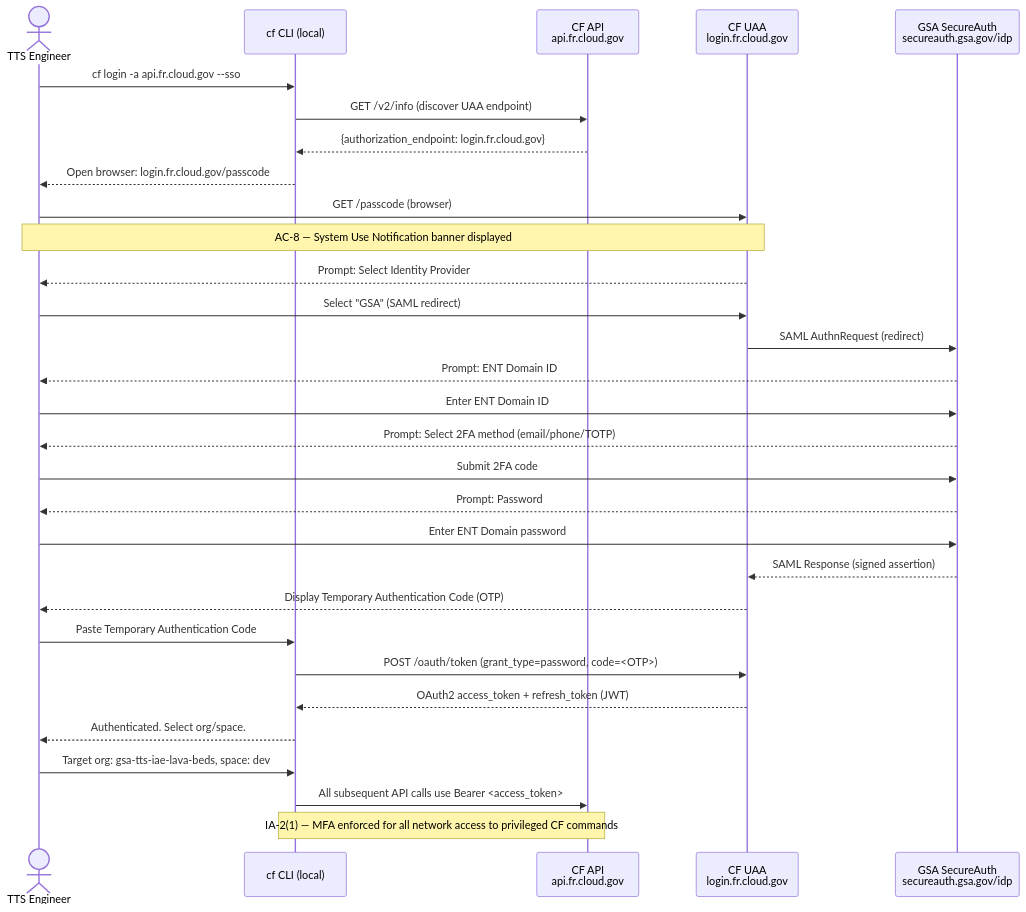
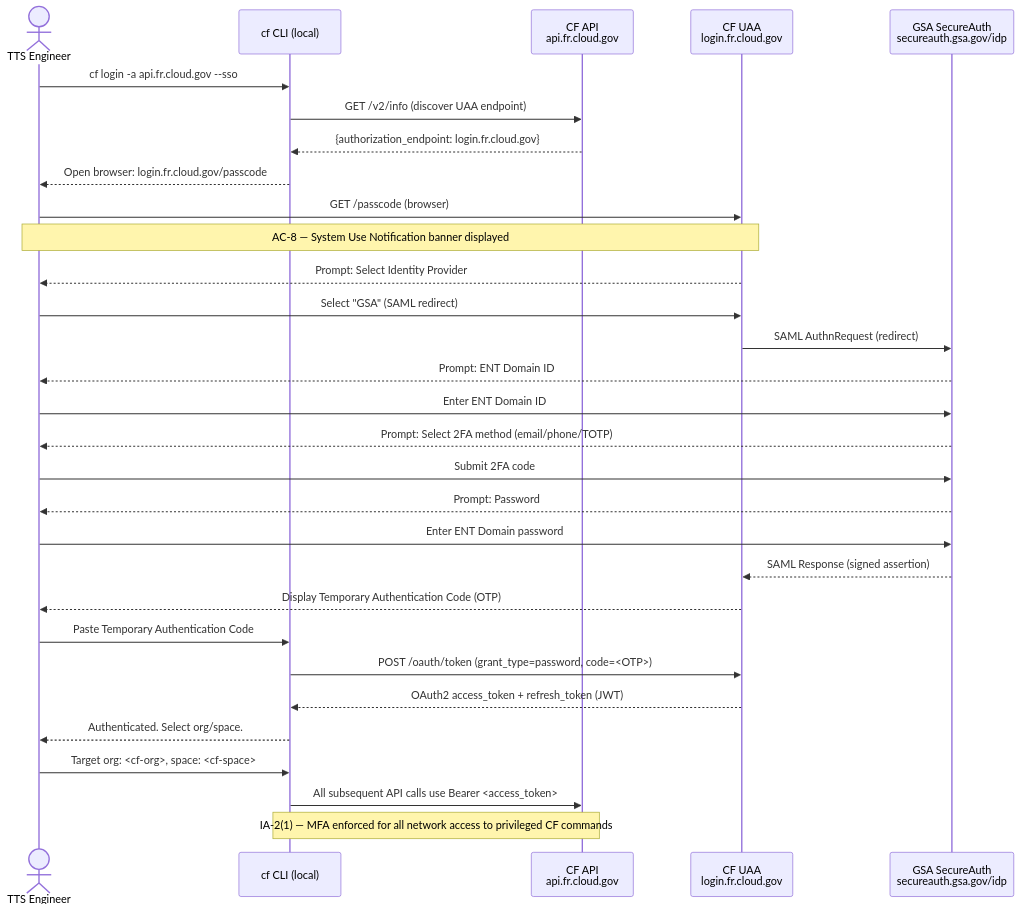
The eighth of 13 diagrams in docs/architecture-diagrams.md (GSA-TTS/cloud-sandbox), drawn with Mermaid before and after one commit. The commit also changed other lines of this file and 24 other files, not shown here.

````diff
--- a/docs/architecture-diagrams.md
+++ b/docs/architecture-diagrams.md
@@ -513,33 +513,33 @@
 ```mermaid
 sequenceDiagram
     actor Dev as TTS Engineer
     participant CLI as cf CLI (local)
     participant CFAPI3 as CF API<br/>api.fr.cloud.gov
     participant UAA4 as CF UAA<br/>login.fr.cloud.gov
     participant SA3 as GSA SecureAuth<br/>secureauth.gsa.gov/idp
 
     Dev->>CLI: cf login -a api.fr.cloud.gov --sso
     CLI->>CFAPI3: GET /v2/info (discover UAA endpoint)
     CFAPI3-->>CLI: {authorization_endpoint: login.fr.cloud.gov}
     CLI-->>Dev: Open browser: login.fr.cloud.gov/passcode
     Dev->>UAA4: GET /passcode (browser)
     note over Dev,UAA4: AC-8 — System Use Notification banner displayed
     UAA4-->>Dev: Prompt: Select Identity Provider
     Dev->>UAA4: Select "GSA" (SAML redirect)
     UAA4->>SA3: SAML AuthnRequest (redirect)
     SA3-->>Dev: Prompt: ENT Domain ID
     Dev->>SA3: Enter ENT Domain ID
     SA3-->>Dev: Prompt: Select 2FA method (email/phone/TOTP)
     Dev->>SA3: Submit 2FA code
     SA3-->>Dev: Prompt: Password
     Dev->>SA3: Enter ENT Domain password
     SA3-->>UAA4: SAML Response (signed assertion)
     UAA4-->>Dev: Display Temporary Authentication Code (OTP)
     Dev->>CLI: Paste Temporary Authentication Code
     CLI->>UAA4: POST /oauth/token (grant_type=password, code=<OTP>)
     UAA4-->>CLI: OAuth2 access_token + refresh_token (JWT)
     CLI-->>Dev: Authenticated. Select org/space.
-    Dev->>CLI: Target org: gsa-tts-iae-lava-beds, space: dev
+    Dev->>CLI: Target org: <cf-org>, space: <cf-space>
     CLI->>CFAPI3: All subsequent API calls use Bearer <access_token>
     note over CLI,CFAPI3: IA-2(1) — MFA enforced for all network access to privileged CF commands
 ```
````
